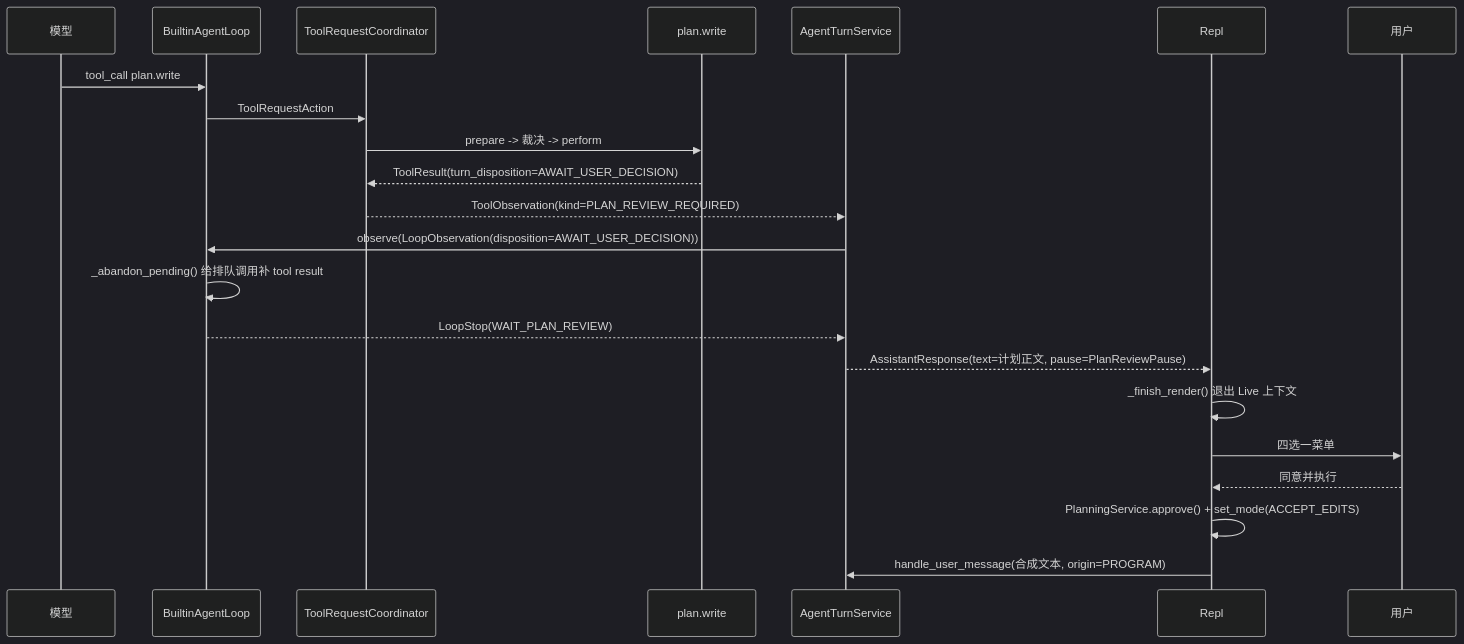
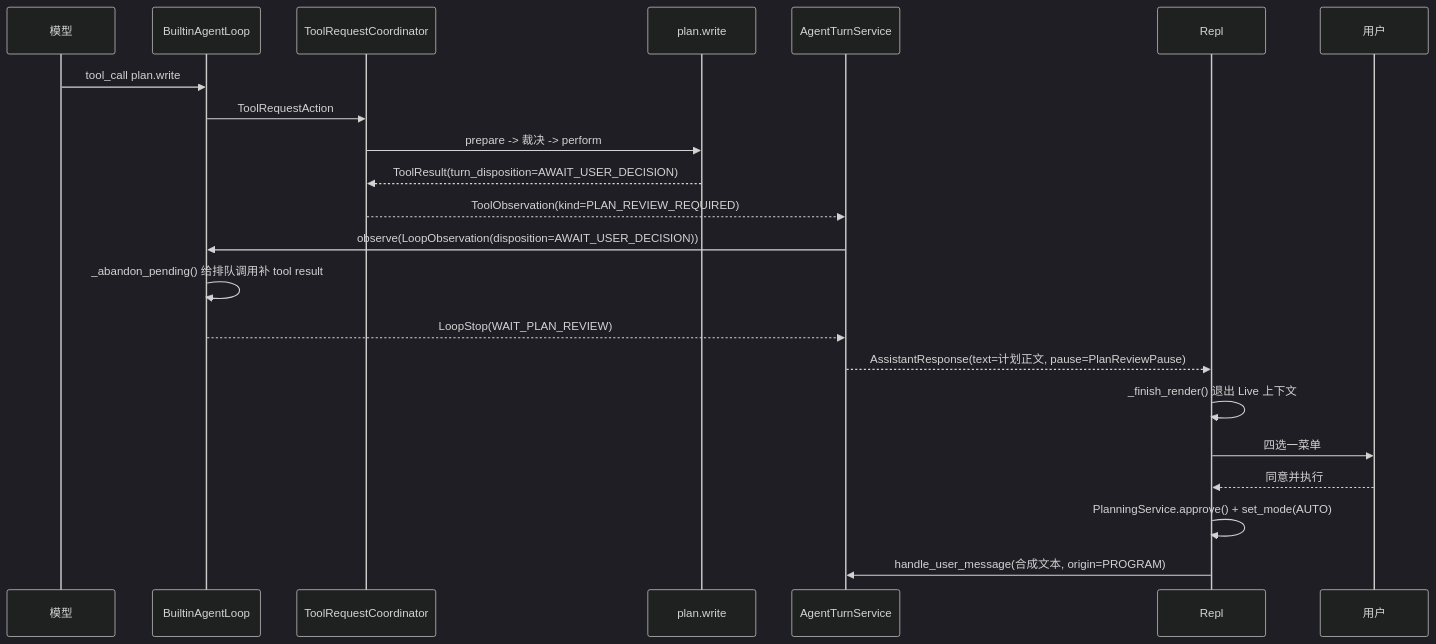
One commit to qubaolai/ForgeCLI changed the diagram in docs/adr/2026-08-17-0023-采用回合边界的计划评审与模式升档.md. Above: the diagram before and after it, drawn with Mermaid (dark theme). The commit also changed other lines of this file and 64 other files, not shown here.

````diff
--- a/docs/adr/2026-08-17-0023-采用回合边界的计划评审与模式升档.md
+++ b/docs/adr/2026-08-17-0023-采用回合边界的计划评审与模式升档.md
@@ -224,25 +229,26 @@
 ```mermaid
 sequenceDiagram
     participant M as 模型
     participant L as BuiltinAgentLoop
     participant C as ToolRequestCoordinator
     participant T as plan.write
     participant A as AgentTurnService
     participant R as Repl
     participant U as 用户
 
     M->>L: tool_call plan.write
     L->>C: ToolRequestAction
     C->>T: prepare -> 裁决 -> perform
     T-->>C: ToolResult(turn_disposition=AWAIT_USER_DECISION)
     C-->>A: ToolObservation(kind=PLAN_REVIEW_REQUIRED)
     A->>L: observe(LoopObservation(disposition=AWAIT_USER_DECISION))
     L->>L: _abandon_pending() 给排队调用补 tool result
     L-->>A: LoopStop(WAIT_PLAN_REVIEW)
     A-->>R: AssistantResponse(text=计划正文, pause=PlanReviewPause)
     R->>R: _finish_render() 退出 Live 上下文
     R->>U: 四选一菜单
     U-->>R: 同意并执行
-    R->>R: PlanningService.approve() + set_mode(ACCEPT_EDITS)
+    %% ADR-0038 前是 set_mode(ACCEPT_EDITS)
+    R->>R: PlanningService.approve() + set_mode(AUTO)
     R->>A: handle_user_message(合成文本, origin=PROGRAM)
 ```
````
